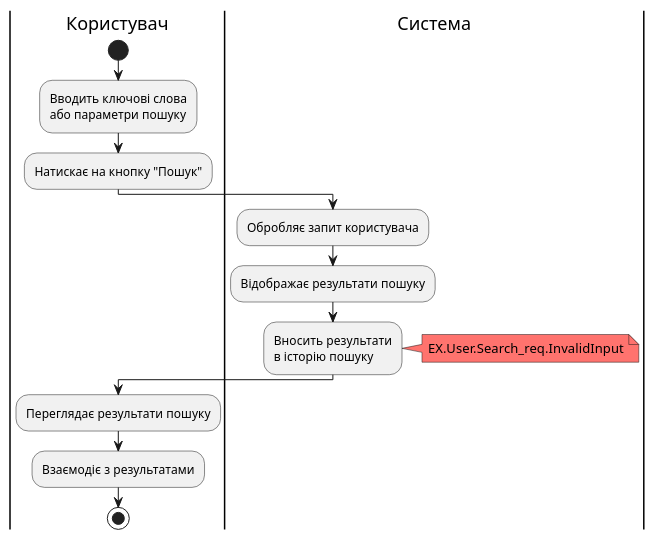
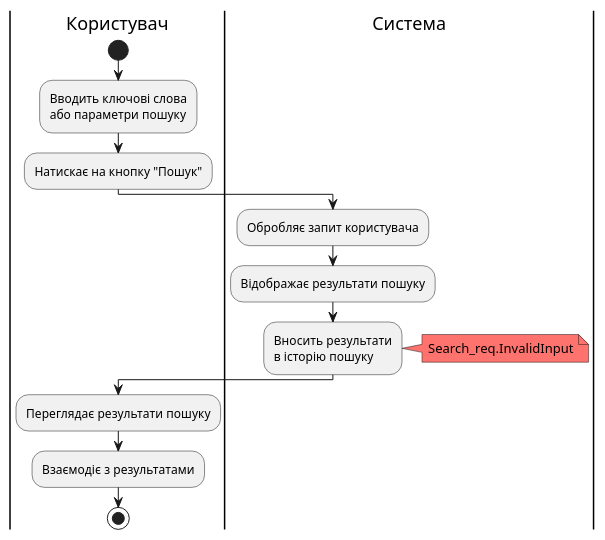
The tenth of 18 diagrams in docs/use cases/README.md (nonGratis/retarder-io-23-3), drawn with PlantUML before and after one commit. The commit also changed other lines of this file, not shown here.

Commit message:
correct User.Login in use cases

```diff
--- a/docs/use cases/README.md
+++ b/docs/use cases/README.md
@@ -315,17 +310,17 @@
 @startuml
 |Користувач|
     start
     :Вводить ключові слова\nабо параметри пошуку;
     :Натискає на кнопку "Пошук";
 |Система|
     :Обробляє запит користувача;
     :Відображає результати пошуку;
     :Вносить результати\nв історію пошуку;
         note right #FF736E
-            EX.User.Search_req.InvalidInput
+            Search_req.InvalidInput
         end note
 |Користувач|
     :Переглядає результати пошуку;
     :Взаємодіє з результатами;
     stop;
 @enduml
```
